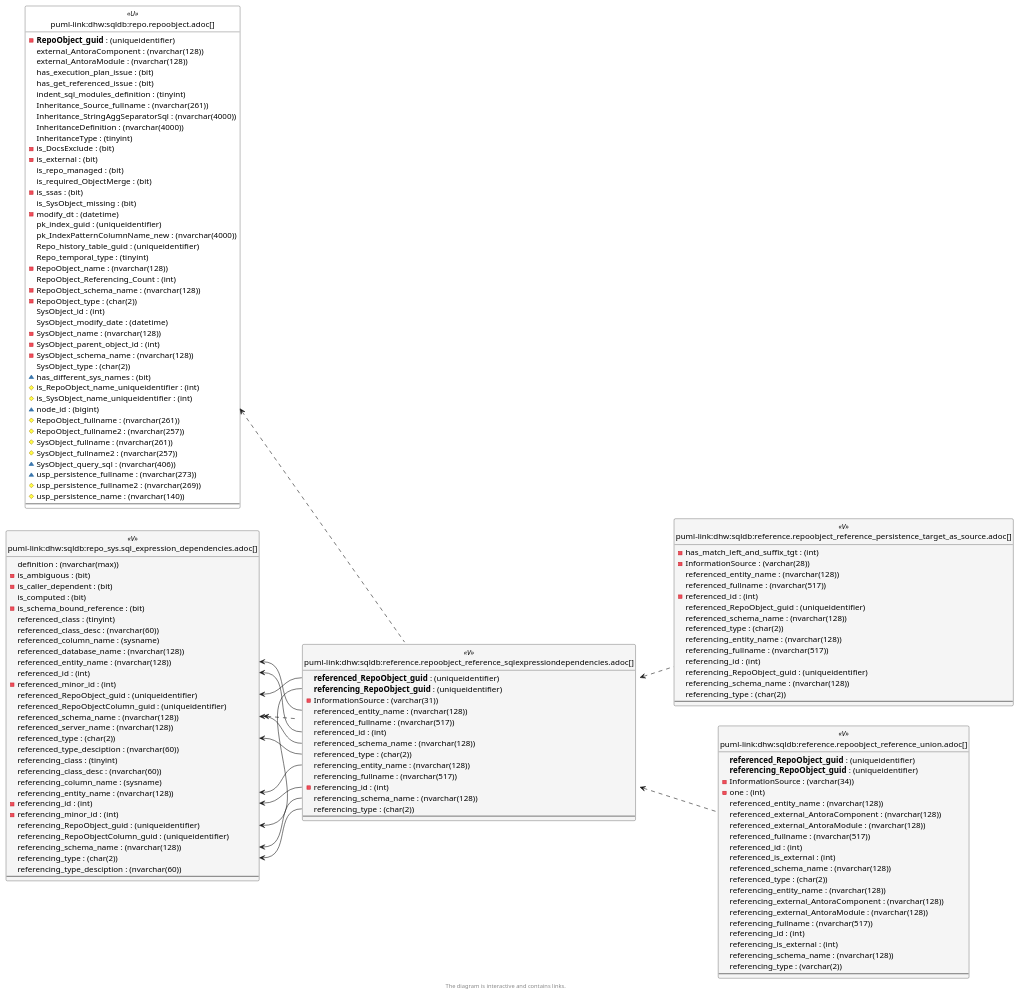
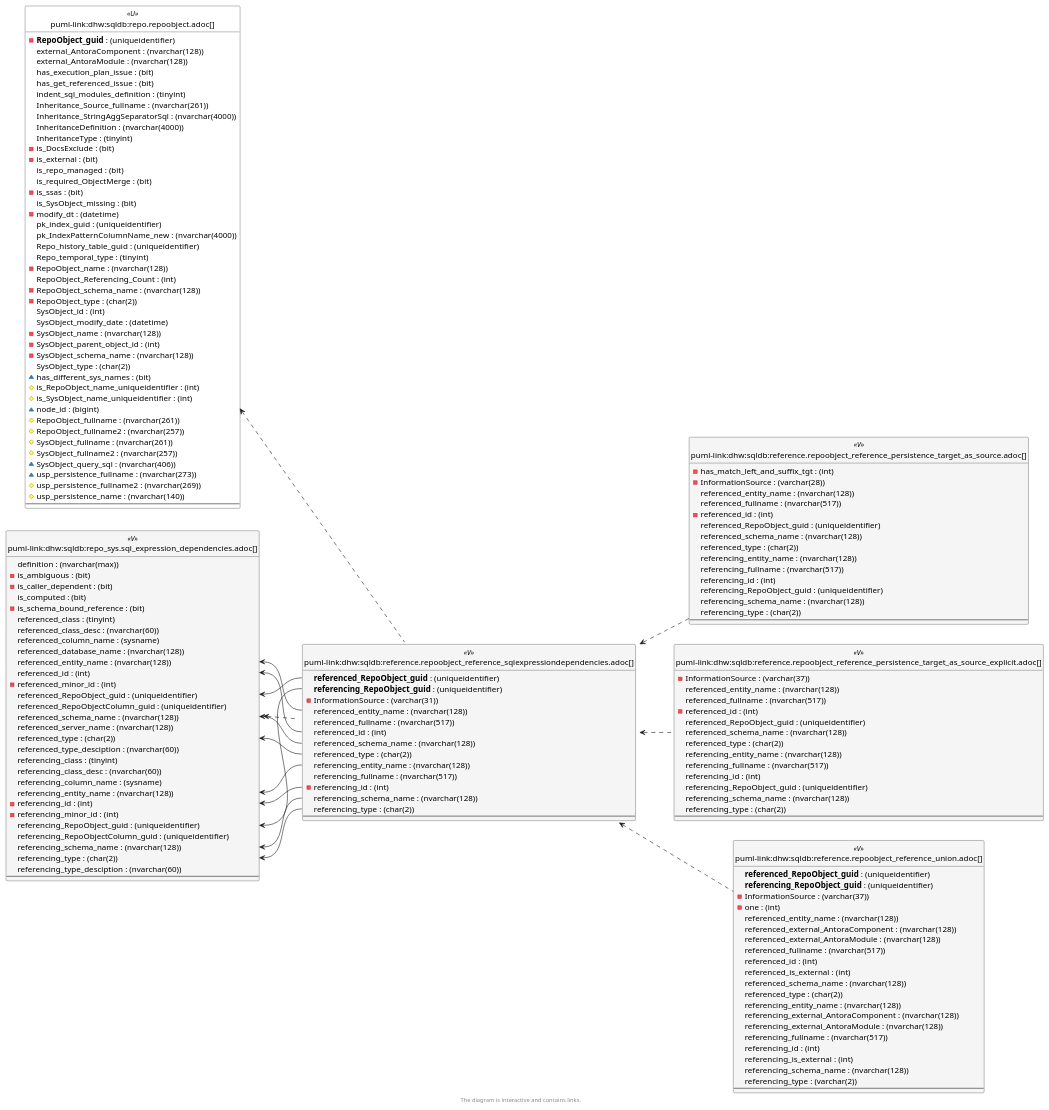
One commit to DataHandwerk/dhw-antora-sqldb changed the sixth of 6 diagrams in docs/modules/sqldb/partials/content/reference.repoobject_reference_sqlexpressiondependencies.adoc. Above: the diagram before and after it, drawn with PlantUML. The commit also changed other lines of this file and 751 other files, not shown here.

```diff
--- a/docs/modules/sqldb/partials/content/reference.repoobject_reference_sqlexpressiondependencies.adoc
+++ b/docs/modules/sqldb/partials/content/reference.repoobject_reference_sqlexpressiondependencies.adoc
@@ -2719,6 +2733,23 @@
   --
 }
 
+entity "puml-link:dhw:sqldb:reference.repoobject_reference_persistence_target_as_source_explicit.adoc[]" as reference.RepoObject_reference_persistence_target_as_source_explicit << V >> {
+  - InformationSource : (varchar(37))
+  referenced_entity_name : (nvarchar(128))
+  referenced_fullname : (nvarchar(517))
+  - referenced_id : (int)
+  referenced_RepoObject_guid : (uniqueidentifier)
+  referenced_schema_name : (nvarchar(128))
+  referenced_type : (char(2))
+  referencing_entity_name : (nvarchar(128))
+  referencing_fullname : (nvarchar(517))
+  referencing_id : (int)
+  referencing_RepoObject_guid : (uniqueidentifier)
+  referencing_schema_name : (nvarchar(128))
+  referencing_type : (char(2))
+  --
+}
+
 entity "puml-link:dhw:sqldb:reference.repoobject_reference_sqlexpressiondependencies.adoc[]" as reference.RepoObject_reference_SqlExpressionDependencies << V >> {
   **referenced_RepoObject_guid** : (uniqueidentifier)
   **referencing_RepoObject_guid** : (uniqueidentifier)
@@ -2739,7 +2770,7 @@
 entity "puml-link:dhw:sqldb:reference.repoobject_reference_union.adoc[]" as reference.RepoObject_reference_union << V >> {
   **referenced_RepoObject_guid** : (uniqueidentifier)
   **referencing_RepoObject_guid** : (uniqueidentifier)
-  - InformationSource : (varchar(34))
+  - InformationSource : (varchar(37))
   - one : (int)
   referenced_entity_name : (nvarchar(128))
   referenced_external_AntoraComponent : (nvarchar(128))
@@ -2842,6 +2873,7 @@
 
 reference.RepoObject_reference_SqlExpressionDependencies <.. reference.RepoObject_reference_union
 reference.RepoObject_reference_SqlExpressionDependencies <.. reference.RepoObject_reference_persistence_target_as_source
+reference.RepoObject_reference_SqlExpressionDependencies <.. reference.RepoObject_reference_persistence_target_as_source_explicit
 repo.RepoObject <.. reference.RepoObject_reference_SqlExpressionDependencies
 repo_sys.sql_expression_dependencies <.. reference.RepoObject_reference_SqlExpressionDependencies
 "repo_sys.sql_expression_dependencies::referenced_entity_name" <-- "reference.RepoObject_reference_SqlExpressionDependencies::referenced_entity_name"
```
